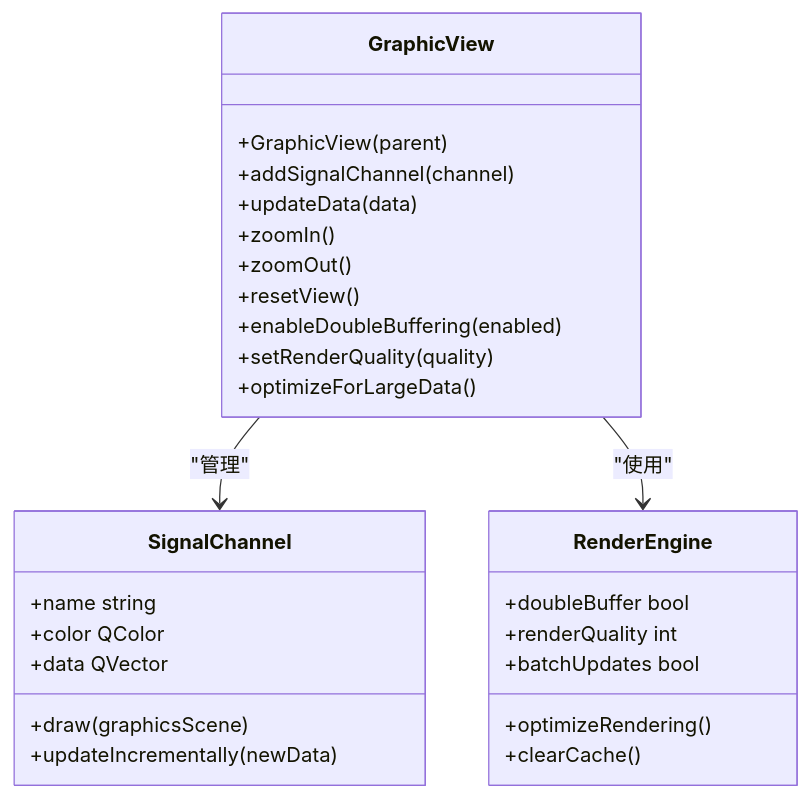
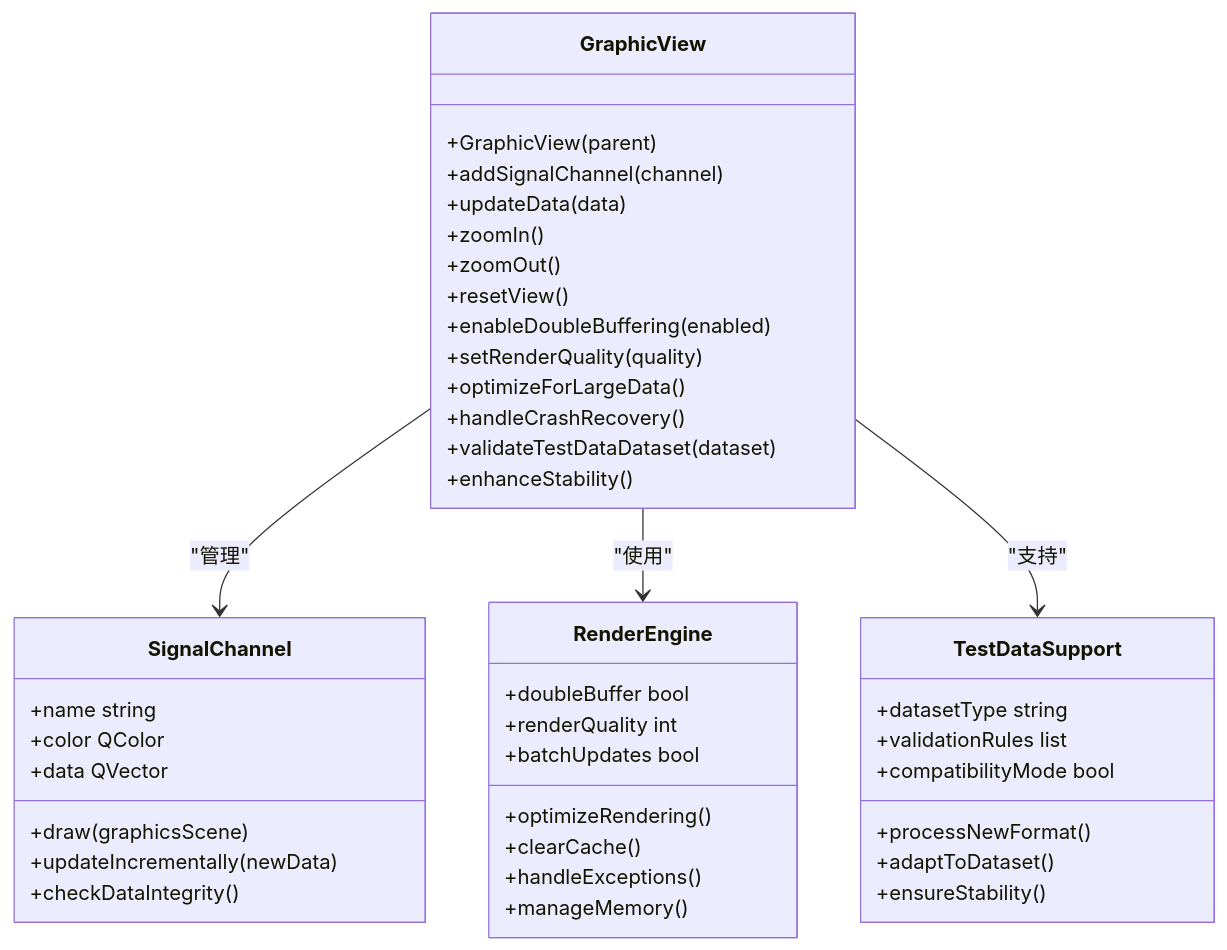
Before and after one commit to jakecai1225-design/OpenBus: the sixth of 15 diagrams in .qoder/repowiki/zh/content/架构设计/UI系统设计/UI系统设计.md, drawn with Mermaid. The commit also changed other lines of this file and 15 other files, not shown here.

Commit message:
分离试图 拓扑图

````diff
--- a/.qoder/repowiki/zh/content/架构设计/UI系统设计/UI系统设计.md
+++ b/.qoder/repowiki/zh/content/架构设计/UI系统设计/UI系统设计.md
@@ -442,30 +446,45 @@
 ```mermaid
 classDiagram
 class GraphicView {
 +GraphicView(parent)
 +addSignalChannel(channel)
 +updateData(data)
 +zoomIn()
 +zoomOut()
 +resetView()
 +enableDoubleBuffering(enabled)
 +setRenderQuality(quality)
 +optimizeForLargeData()
++handleCrashRecovery()
++validateTestDataDataset(dataset)
++enhanceStability()
 }
 class SignalChannel {
 +name string
 +color QColor
 +data QVector
 +draw(graphicsScene)
 +updateIncrementally(newData)
++checkDataIntegrity()
 }
 class RenderEngine {
 +doubleBuffer bool
 +renderQuality int
 +batchUpdates bool
 +optimizeRendering()
 +clearCache()
++handleExceptions()
++manageMemory()
+}
+class TestDataSupport {
++datasetType string
++validationRules list
++compatibilityMode bool
++processNewFormat()
++adaptToDataset()
++ensureStability()
 }
 GraphicView --> SignalChannel : "管理"
 GraphicView --> RenderEngine : "使用"
+GraphicView --> TestDataSupport : "支持"
 ```
````
